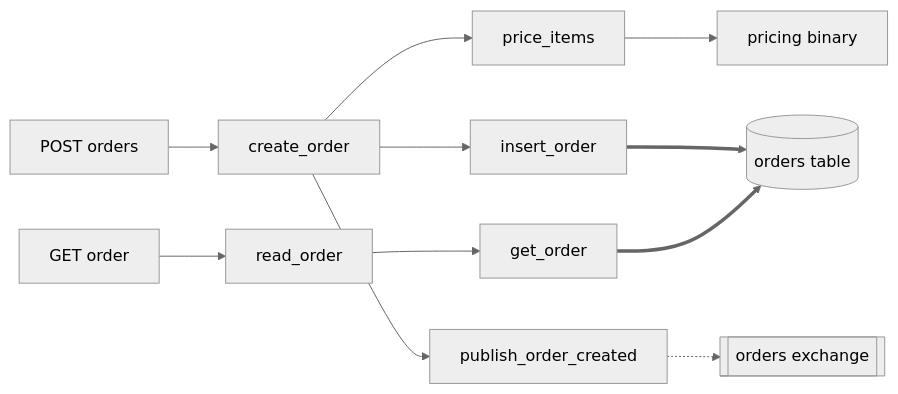
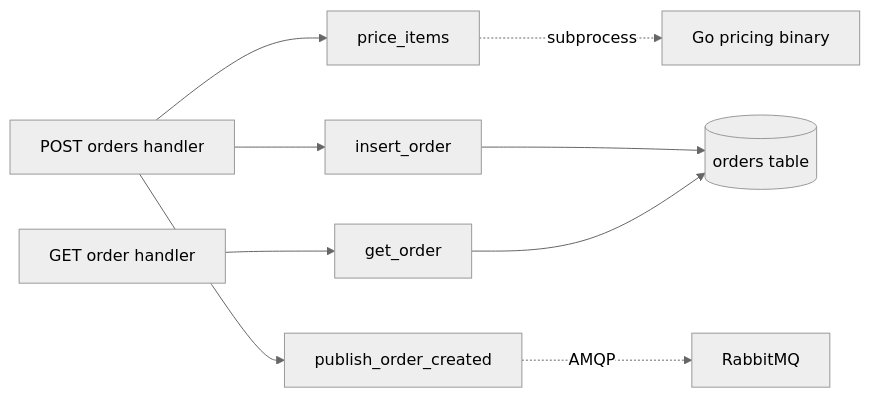
Before and after one commit to RndU53r/Code-Knowledge-Builder: the diagram in examples/sample-output/repos/orders/flows.md, drawn with Mermaid (neutral theme). The commit also changed other lines of this file and 134 other files, not shown here.

````diff
--- a/examples/sample-output/repos/orders/flows.md
+++ b/examples/sample-output/repos/orders/flows.md
@@ -30,13 +42,11 @@
 ```mermaid
 flowchart LR
-  P1["POST orders"] --> CO["create_order"]
-  CO --> PI["price_items"]
-  PI --> BIN["pricing binary"]
-  CO --> IO["insert_order"]
-  CO --> PE["publish_order_created"]
-  G1["GET order"] --> RO["read_order"]
-  RO --> GO["get_order"]
-  IO ==> DB[("orders table")]
-  GO ==> DB
-  PE -.-> MQ[["orders exchange"]]
+  A["POST orders handler"] --> B["price_items"]
+  A --> C["insert_order"]
+  A --> D["publish_order_created"]
+  E["GET order handler"] --> F["get_order"]
+  B -.->|"subprocess"| G["Go pricing binary"]
+  C --> H[("orders table")]
+  F --> H
+  D -.->|"AMQP"| I["RabbitMQ"]
 ```
````
